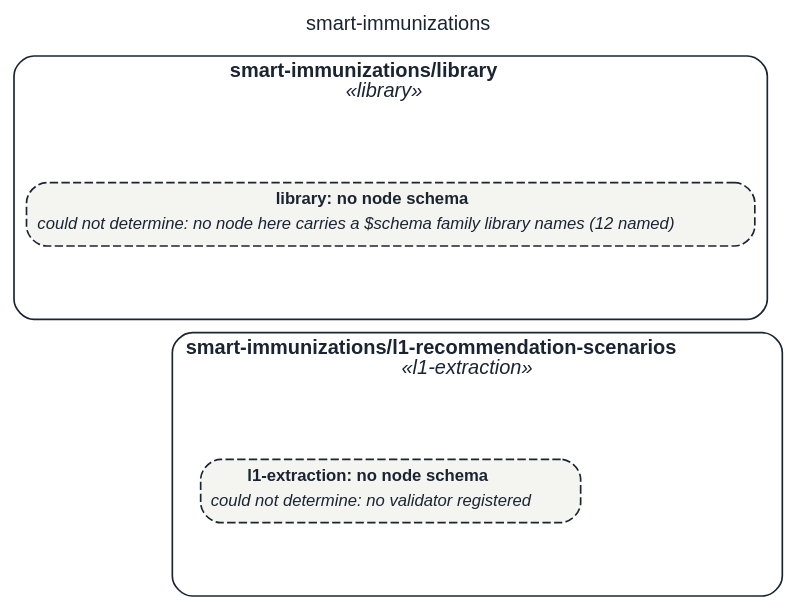
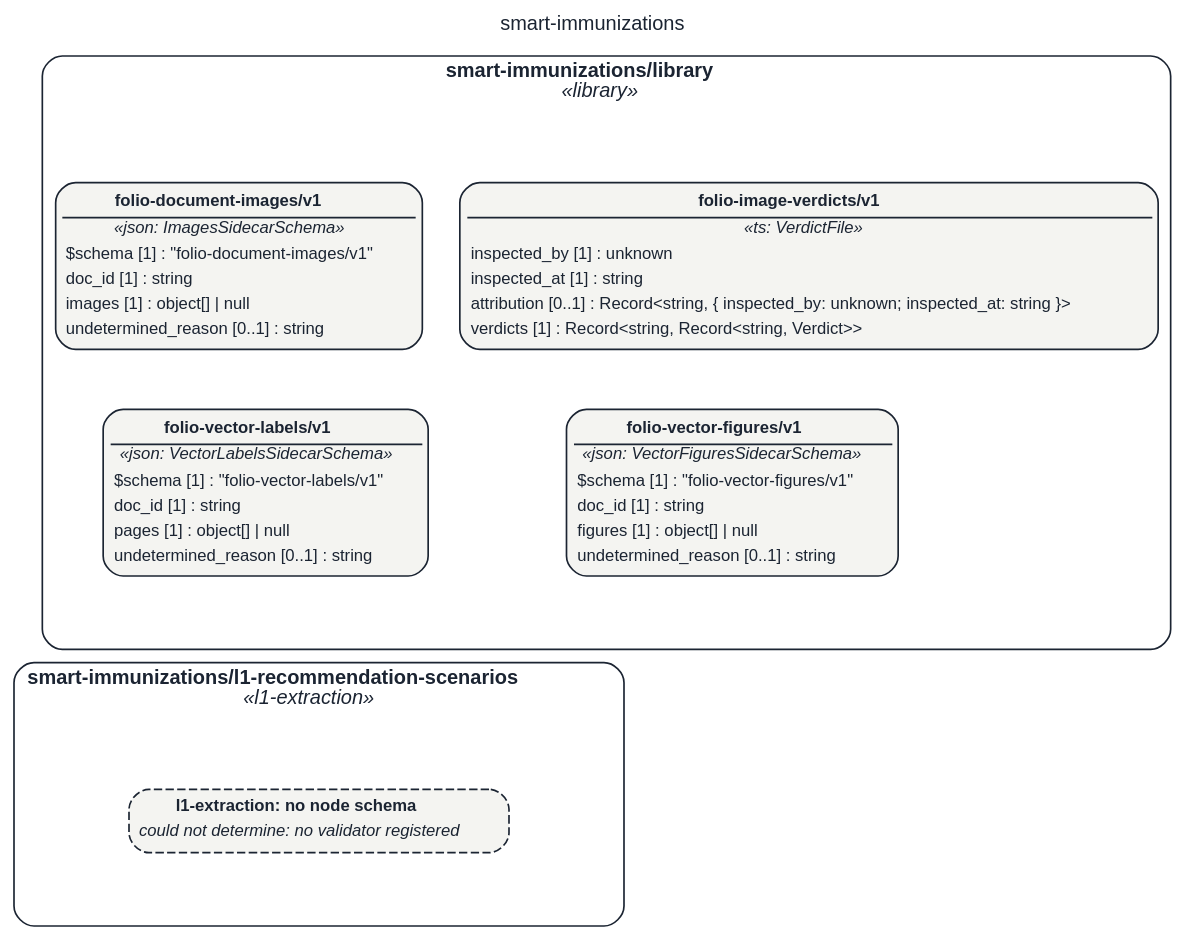
Before and after one commit to litlfred/folio-assistant: the diagram in assets/img/uml/overview/smart-immunizations.dot, drawn with Graphviz. The commit also changed 2076 other files, not shown here.

```diff
--- a/assets/img/uml/overview/smart-immunizations.dot
+++ b/assets/img/uml/overview/smart-immunizations.dot
@@ -1,24 +1,31 @@
 // GENERATED by cat-harness-tools/scripts/gen-uml-overview.ts — do not edit.
 // Rendered page (interactive view, same model): https://litlfred.github.io/folio-assistant/uml/overview/smart-immunizations.html
 digraph "smart_immunizations" {
   graph [label="smart-immunizations", labelloc=t, fontname="Helvetica", fontsize=12, fontcolor="#1b2432", newrank=true, ratio=auto, nodesep=0.3, ranksep=0.5, bgcolor="transparent"];
   node [shape=box, style="rounded,filled", margin=0.05, fontname="Helvetica", fontsize=10, color="#1b2432", fontcolor="#1b2432"];
   edge [color="#1b2432", fontcolor="#1b2432", fontname="Helvetica", fontsize=9];
   subgraph "cluster_pkg_smart_immunizations_library" {
     label=<<b>smart-immunizations/library</b><br/><i>«library»</i>>; style="rounded"; color="#1b2432"; class="fa_uml_subgraph";
-    "n_smart_immunizations_library_library" [style="rounded,filled,dashed", fillcolor="#f4f4f1", class="fa_uml_kind_library fa_uml_undetermined", label=<<table border="0" cellborder="0" cellspacing="0" cellpadding="2"><tr><td><b>library: no node schema</b></td></tr><tr><td align="left"><i>could not determine: no node here carries a $schema family library names (12 named)</i></td></tr></table>>];
+    "smart_immunizations_library_folio_document_images_v1_folio_document_images_v1" [fillcolor="#f4f4f1", class="fa_uml_kind_library", label=<<table border="0" cellborder="0" cellspacing="0" cellpadding="2"><tr><td border="1" sides="b"><b>folio-document-images/v1</b></td></tr><tr><td><i>«json: ImagesSidecarSchema»</i></td></tr><tr><td align="left">$schema [1] : &quot;folio-document-images/v1&quot;</td></tr><tr><td align="left">doc_id [1] : string</td></tr><tr><td align="left">images [1] : object[] | null</td></tr><tr><td align="left">undetermined_reason [0..1] : string</td></tr></table>>];
+    "smart_immunizations_library_folio_image_verdicts_v1" [fillcolor="#f4f4f1", class="fa_uml_kind_library", label=<<table border="0" cellborder="0" cellspacing="0" cellpadding="2"><tr><td border="1" sides="b"><b>folio-image-verdicts/v1</b></td></tr><tr><td><i>«ts: VerdictFile»</i></td></tr><tr><td align="left">inspected_by [1] : unknown</td></tr><tr><td align="left">inspected_at [1] : string</td></tr><tr><td align="left">attribution [0..1] : Record&lt;string, { inspected_by: unknown; inspected_at: string }&gt;</td></tr><tr><td align="left">verdicts [1] : Record&lt;string, Record&lt;string, Verdict&gt;&gt;</td></tr></table>>];
+    "smart_immunizations_library_folio_vector_labels_v1_folio_vector_labels_v1" [fillcolor="#f4f4f1", class="fa_uml_kind_library", label=<<table border="0" cellborder="0" cellspacing="0" cellpadding="2"><tr><td border="1" sides="b"><b>folio-vector-labels/v1</b></td></tr><tr><td><i>«json: VectorLabelsSidecarSchema»</i></td></tr><tr><td align="left">$schema [1] : &quot;folio-vector-labels/v1&quot;</td></tr><tr><td align="left">doc_id [1] : string</td></tr><tr><td align="left">pages [1] : object[] | null</td></tr><tr><td align="left">undetermined_reason [0..1] : string</td></tr></table>>];
+    "smart_immunizations_library_folio_vector_figures_v1_folio_vector_figures_v1" [fillcolor="#f4f4f1", class="fa_uml_kind_library", label=<<table border="0" cellborder="0" cellspacing="0" cellpadding="2"><tr><td border="1" sides="b"><b>folio-vector-figures/v1</b></td></tr><tr><td><i>«json: VectorFiguresSidecarSchema»</i></td></tr><tr><td align="left">$schema [1] : &quot;folio-vector-figures/v1&quot;</td></tr><tr><td align="left">doc_id [1] : string</td></tr><tr><td align="left">figures [1] : object[] | null</td></tr><tr><td align="left">undetermined_reason [0..1] : string</td></tr></table>>];
     "grid_pkg_smart_immunizations_library_top" [shape=point, style=invis, width=0, height=0, label="", class="kg-graph-anchor"];
     "grid_pkg_smart_immunizations_library_bottom" [shape=point, style=invis, width=0, height=0, label="", class="kg-graph-anchor"];
   }
   subgraph "cluster_pkg_smart_immunizations_l1_recommendation_scenarios" {
     label=<<b>smart-immunizations/l1-recommendation-scenarios</b><br/><i>«l1-extraction»</i>>; style="rounded"; color="#1b2432"; class="fa_uml_subgraph";
     "n_smart_immunizations_l1_recommendation_scenarios_l1_extraction" [style="rounded,filled,dashed", fillcolor="#f4f4f1", class="fa_uml_kind_l1_extraction fa_uml_undetermined", label=<<table border="0" cellborder="0" cellspacing="0" cellpadding="2"><tr><td><b>l1-extraction: no node schema</b></td></tr><tr><td align="left"><i>could not determine: no validator registered</i></td></tr></table>>];
     "grid_pkg_smart_immunizations_l1_recommendation_scenarios_top" [shape=point, style=invis, width=0, height=0, label="", class="kg-graph-anchor"];
     "grid_pkg_smart_immunizations_l1_recommendation_scenarios_bottom" [shape=point, style=invis, width=0, height=0, label="", class="kg-graph-anchor"];
   }
-  "grid_pkg_smart_immunizations_library_top" -> "n_smart_immunizations_library_library" [style=invis, class="kg-graph-anchor"];
-  "n_smart_immunizations_library_library" -> "grid_pkg_smart_immunizations_library_bottom" [style=invis, class="kg-graph-anchor"];
+  "smart_immunizations_library_folio_document_images_v1_folio_document_images_v1" -> "smart_immunizations_library_folio_vector_labels_v1_folio_vector_labels_v1" [style=invis, class="kg-graph-anchor"];
+  "smart_immunizations_library_folio_image_verdicts_v1" -> "smart_immunizations_library_folio_vector_figures_v1_folio_vector_figures_v1" [style=invis, class="kg-graph-anchor"];
+  "grid_pkg_smart_immunizations_library_top" -> "smart_immunizations_library_folio_document_images_v1_folio_document_images_v1" [style=invis, class="kg-graph-anchor"];
+  "grid_pkg_smart_immunizations_library_top" -> "smart_immunizations_library_folio_image_verdicts_v1" [style=invis, class="kg-graph-anchor"];
+  "smart_immunizations_library_folio_vector_labels_v1_folio_vector_labels_v1" -> "grid_pkg_smart_immunizations_library_bottom" [style=invis, class="kg-graph-anchor"];
+  "smart_immunizations_library_folio_vector_figures_v1_folio_vector_figures_v1" -> "grid_pkg_smart_immunizations_library_bottom" [style=invis, class="kg-graph-anchor"];
   "grid_pkg_smart_immunizations_l1_recommendation_scenarios_top" -> "n_smart_immunizations_l1_recommendation_scenarios_l1_extraction" [style=invis, class="kg-graph-anchor"];
   "n_smart_immunizations_l1_recommendation_scenarios_l1_extraction" -> "grid_pkg_smart_immunizations_l1_recommendation_scenarios_bottom" [style=invis, class="kg-graph-anchor"];
   "grid_pkg_smart_immunizations_library_bottom" -> "grid_pkg_smart_immunizations_l1_recommendation_scenarios_top" [style=invis, class="kg-graph-anchor"];
 }
```
